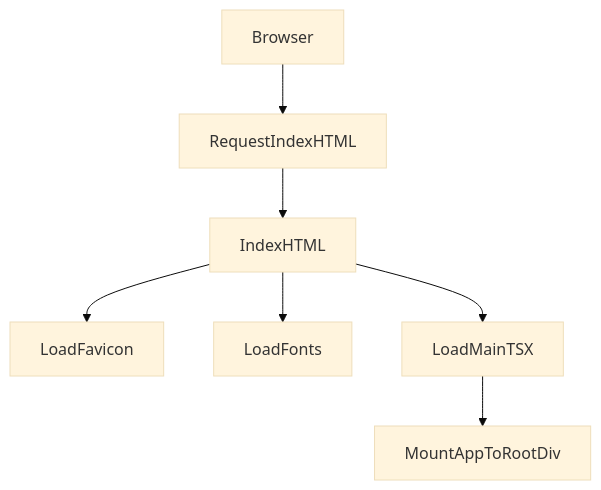
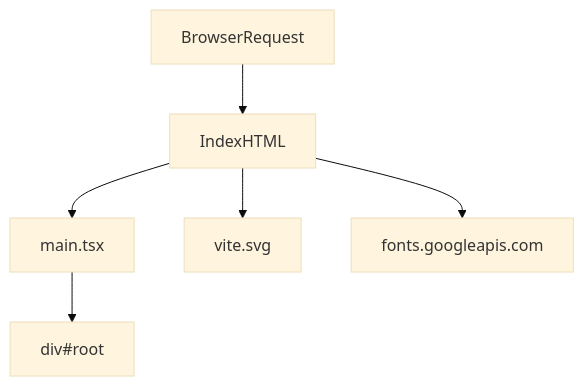
Before and after one commit to test-company-prowiz/Easy-Repo: the diagram in docs/grms-frontend/index.html.md, drawn with Mermaid (base theme). The commit also changed other lines of this file and 2 other files, not shown here.

````diff
--- a/docs/grms-frontend/index.html.md
+++ b/docs/grms-frontend/index.html.md
@@ -43,9 +40,8 @@
 ```mermaid
 graph TD
-Browser --> RequestIndexHTML
-RequestIndexHTML --> IndexHTML
-IndexHTML --> LoadFavicon
-IndexHTML --> LoadFonts
-IndexHTML --> LoadMainTSX
-LoadMainTSX --> MountAppToRootDiv
+BrowserRequest --> IndexHTML
+IndexHTML --> MainTSXScript[main.tsx]
+IndexHTML --> ViteSVG[vite.svg]
+IndexHTML --> GoogleFonts[fonts.googleapis.com]
+MainTSXScript --> RootDiv[div#root]
 ```
````
